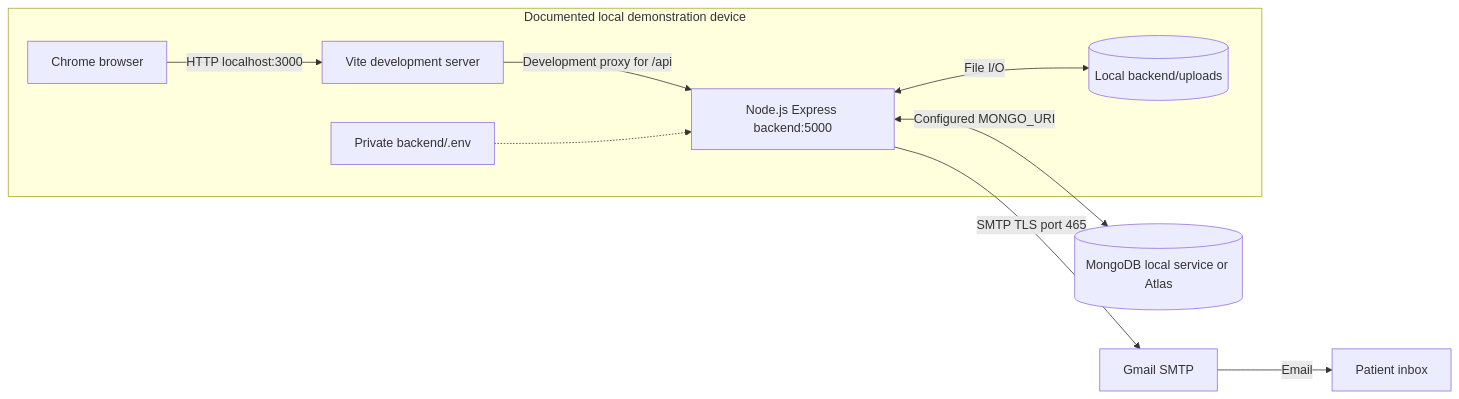
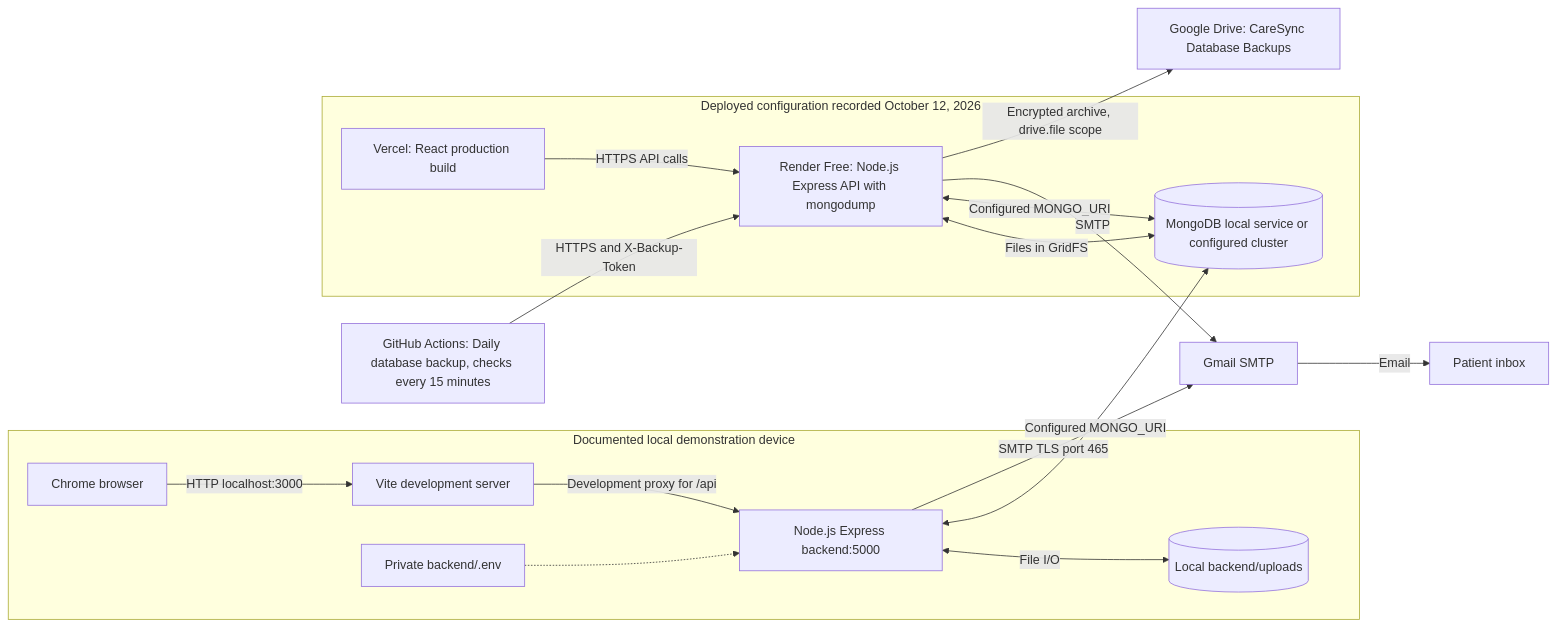
One commit to EmlanoCC-Dev/SIA_CareSync changed the diagram in docs/final_submission/diagrams/08-deployment.mmd. Above: the diagram before and after it, drawn with Mermaid. The commit also changed 13 other files, not shown here.

Commit message:
Update final submission diagrams

```diff
--- a/docs/final_submission/diagrams/08-deployment.mmd
+++ b/docs/final_submission/diagrams/08-deployment.mmd
@@ -1,10 +1,18 @@
 flowchart LR
     subgraph device["Documented local demonstration device"]
         browser["Chrome browser"] -->|"HTTP localhost:3000"| vite["Vite development server"]
         vite -->|"Development proxy for /api"| api["Node.js Express backend:5000"]
         api <-->|"File I/O"| disk[("Local backend/uploads")]
         settings["Private backend/.env"] -.-> api
     end
-    api <-->|"Configured MONGO_URI"| mongo[("MongoDB local service or Atlas")]
+    subgraph cloud["Deployed configuration recorded October 12, 2026"]
+        web["Vercel: React production build"] -->|"HTTPS API calls"| render["Render Free: Node.js Express API with mongodump"]
+        render <-->|"Files in GridFS"| mongo
+    end
+    api <-->|"Configured MONGO_URI"| mongo[("MongoDB local service or configured cluster")]
+    render <-->|"Configured MONGO_URI"| mongo
     api -->|"SMTP TLS port 465"| gmail["Gmail SMTP"]
+    render -->|"SMTP"| gmail
     gmail -->|"Email"| recipient["Patient inbox"]
+    github["GitHub Actions: Daily database backup, checks every 15 minutes"] -->|"HTTPS and X-Backup-Token"| render
+    render -->|"Encrypted archive, drive.file scope"| drive["Google Drive: CareSync Database Backups"]
```
